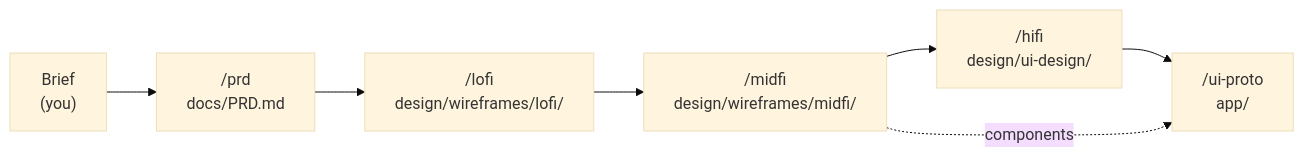
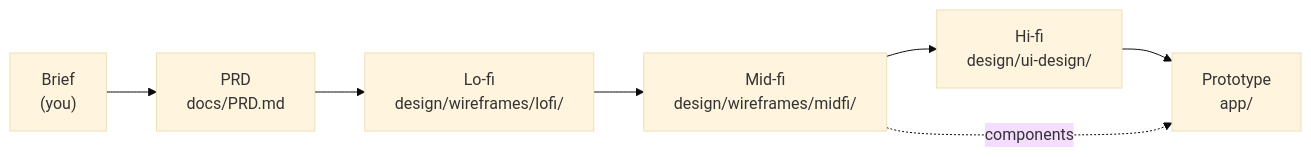
The diagram in README.md (luiscielak/ai-product-design-rules), drawn with Mermaid (base theme) before and after one commit. The commit also changed other lines of this file and 12 other files, not shown here.

````diff
--- a/README.md
+++ b/README.md
@@ -157,9 +172,9 @@
 ```mermaid
 flowchart LR
-  brief["Brief<br/>(you)"] --> prd["/prd<br/>docs/PRD.md"]
-  prd --> lofi["/lofi<br/>design/wireframes/lofi/"]
-  lofi --> midfi["/midfi<br/>design/wireframes/midfi/"]
-  midfi --> hifi["/hifi<br/>design/ui-design/"]
-  hifi --> proto["/ui-proto<br/>app/"]
+  brief["Brief<br/>(you)"] --> prd["PRD<br/>docs/PRD.md"]
+  prd --> lofi["Lo-fi<br/>design/wireframes/lofi/"]
+  lofi --> midfi["Mid-fi<br/>design/wireframes/midfi/"]
+  midfi --> hifi["Hi-fi<br/>design/ui-design/"]
+  hifi --> proto["Prototype<br/>app/"]
   midfi -. components .-> proto
 ```
````
